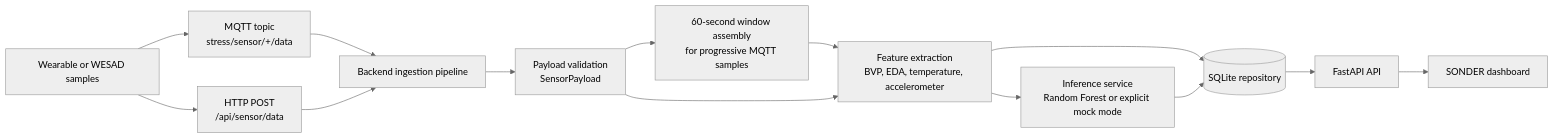
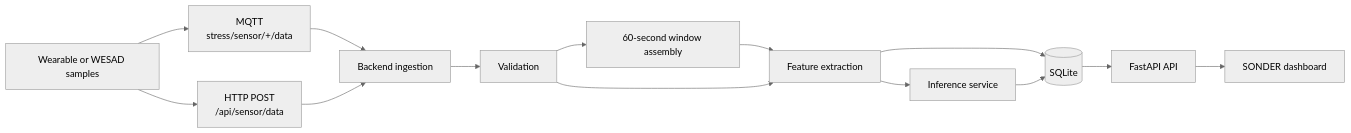
The diagram in README.md (shaguntyagi136/Sonder), drawn with Mermaid (neutral theme) before and after one commit. The commit also changed other lines of this file, not shown here.

````diff
--- a/README.md
+++ b/README.md
@@ -34,16 +43,16 @@
 ```mermaid
 flowchart LR
-    S[Wearable or WESAD samples] --> M[MQTT topic<br/>stress/sensor/+/data]
+    S[Wearable or WESAD samples] --> M[MQTT<br/>stress/sensor/+/data]
     S --> H[HTTP POST<br/>/api/sensor/data]
-    M --> I[Backend ingestion pipeline]
+    M --> I[Backend ingestion]
     H --> I
-    I --> V[Payload validation<br/>SensorPayload]
-    V --> W[60-second window assembly<br/>for progressive MQTT samples]
-    W --> F[Feature extraction<br/>BVP, EDA, temperature, accelerometer]
+    I --> V[Validation]
+    V --> W[60-second window assembly]
+    W --> F[Feature extraction]
     V --> F
-    F --> P[Inference service<br/>Random Forest or explicit mock mode]
-    F --> D[(SQLite repository)]
+    F --> P[Inference service]
+    F --> D[(SQLite)]
     P --> D
     D --> A[FastAPI API]
     A --> UI[SONDER dashboard]
 ```
````
